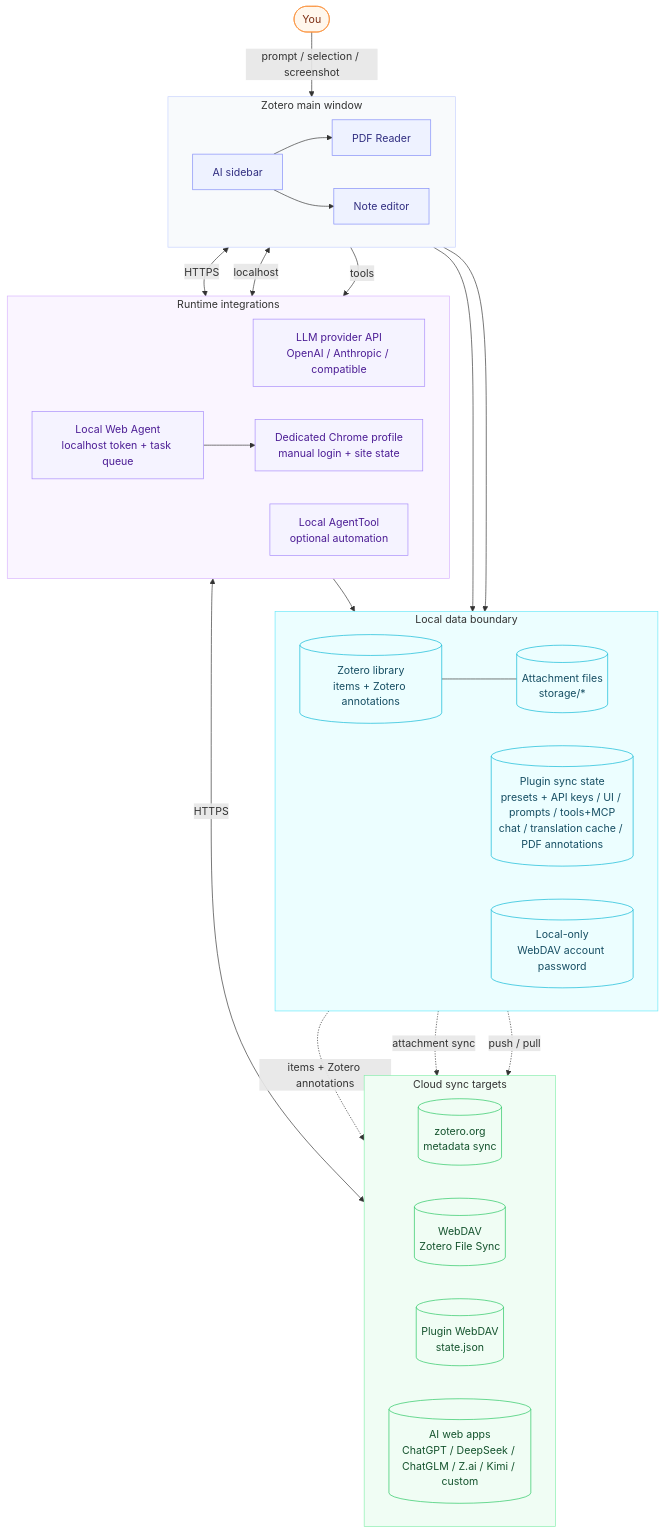
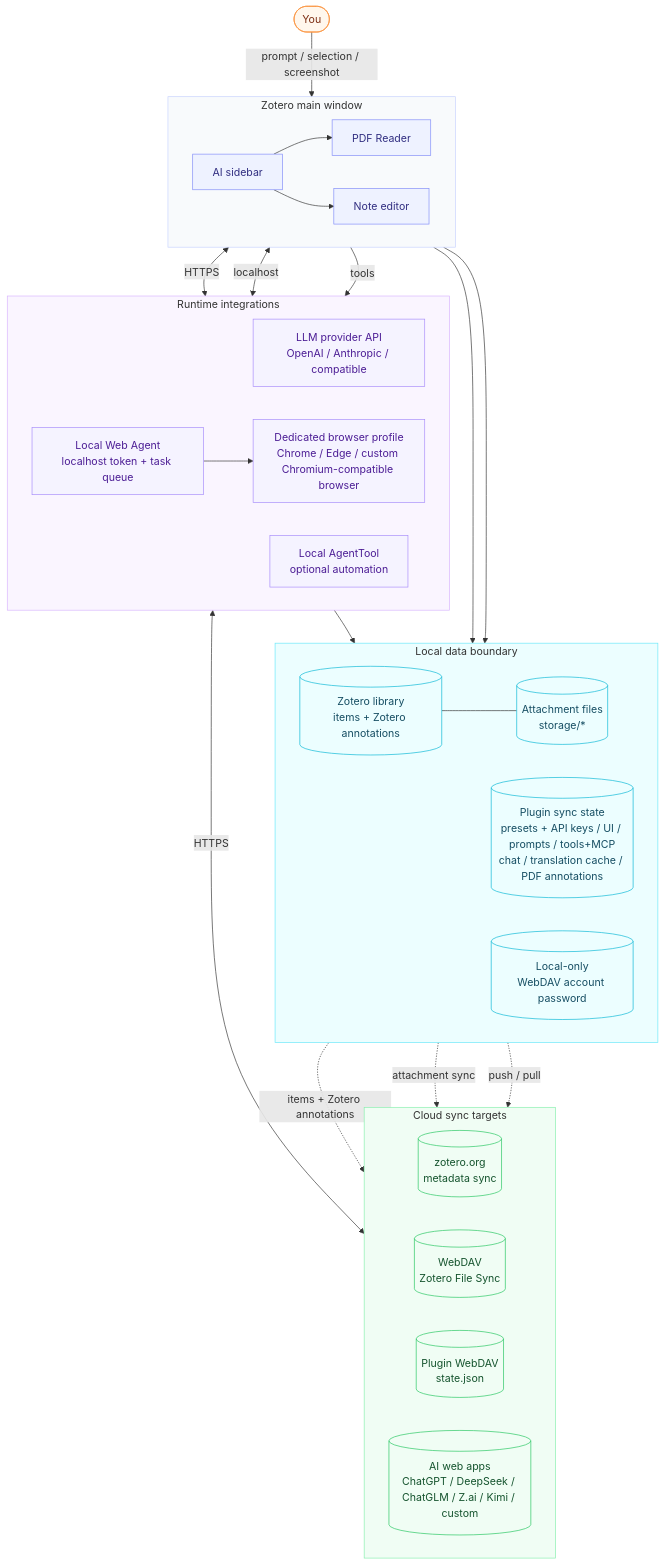
One commit to xuhan-rgb/zotero-ai-sidebar changed the first of 2 diagrams in README.md. Above: the diagram before and after it, drawn with Mermaid. The commit also changed other lines of this file, not shown here.

Commit message:
docs: explain WEB browser selection and custom executable setup

````diff
--- a/README.md
+++ b/README.md
@@ -170,67 +179,67 @@
 ```mermaid
 flowchart TB
     User([You])
 
     subgraph UI[Zotero main window]
         direction LR
         Side[AI sidebar]
         PDF[PDF Reader]
         Note[Note editor]
         Side --> PDF
         Side --> Note
     end
 
     subgraph Local[Local data boundary]
         direction LR
         Core[(Zotero library<br/>items + Zotero annotations)]
         Files[(Attachment files<br/>storage/*)]
         PluginState[(Plugin sync state<br/>presets + API keys / UI / prompts / tools+MCP<br/>chat / translation cache / PDF annotations)]
         Secrets[(Local-only<br/>WebDAV account password)]
     end
 
     subgraph Runtime[Runtime integrations]
         direction LR
         Provider[LLM provider API<br/>OpenAI / Anthropic / compatible]
         WebAgent[Local Web Agent<br/>localhost token + task queue]
-        Browser[Dedicated Chrome profile<br/>manual login + site state]
+        Browser[Dedicated browser profile<br/>Chrome / Edge / custom Chromium-compatible browser]
         Tools[Local AgentTool<br/>optional automation]
     end
 
     subgraph Cloud[Cloud sync targets]
         direction LR
         ZoteroOrg[(zotero.org<br/>metadata sync)]
         FileDAV[(WebDAV<br/>Zotero File Sync)]
         PluginDAV[(Plugin WebDAV<br/>state.json)]
         WebApps[(AI web apps<br/>ChatGPT / DeepSeek / ChatGLM / Z.ai / Kimi / custom)]
     end
 
     User -->|prompt / selection / screenshot| Side
     Side <-->|HTTPS| Provider
     Side <-->|localhost| WebAgent
     WebAgent --> Browser
     Browser <-->|HTTPS| WebApps
     Side -->|tools| Tools
     Tools --> Core
     Side --> Secrets
     Side --> PluginState
     Core --- Files
 
     Core -.items + Zotero annotations.-> ZoteroOrg
     Files -.attachment sync.-> FileDAV
     PluginState -.push / pull.-> PluginDAV
 
     classDef actor fill:#fff7ed,stroke:#fb923c,color:#7c2d12,stroke-width:1px;
     classDef zotero fill:#eef2ff,stroke:#818cf8,color:#312e81,stroke-width:1px;
     classDef local fill:#ecfeff,stroke:#06b6d4,color:#164e63,stroke-width:1px;
     classDef runtime fill:#f5f3ff,stroke:#a78bfa,color:#4c1d95,stroke-width:1px;
     classDef cloud fill:#f0fdf4,stroke:#22c55e,color:#14532d,stroke-width:1px;
     class User actor;
     class Side,PDF,Note zotero;
     class Core,Files,PluginState,Secrets local;
     class Provider,WebAgent,Browser,Tools runtime;
     class ZoteroOrg,FileDAV,PluginDAV,WebApps cloud;
     style UI fill:#f8fafc,stroke:#c7d2fe,stroke-width:1px
     style Local fill:#ecfeff,stroke:#67e8f9,stroke-width:1px
     style Runtime fill:#faf5ff,stroke:#d8b4fe,stroke-width:1px
     style Cloud fill:#f0fdf4,stroke:#86efac,stroke-width:1px
 ```
````
